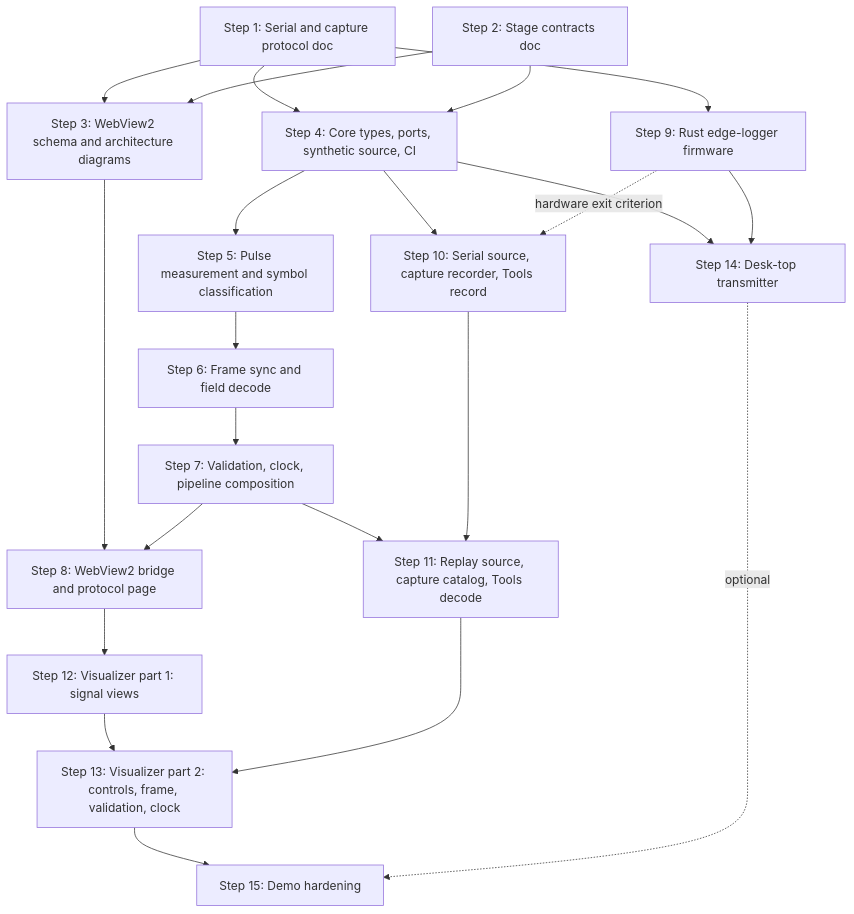
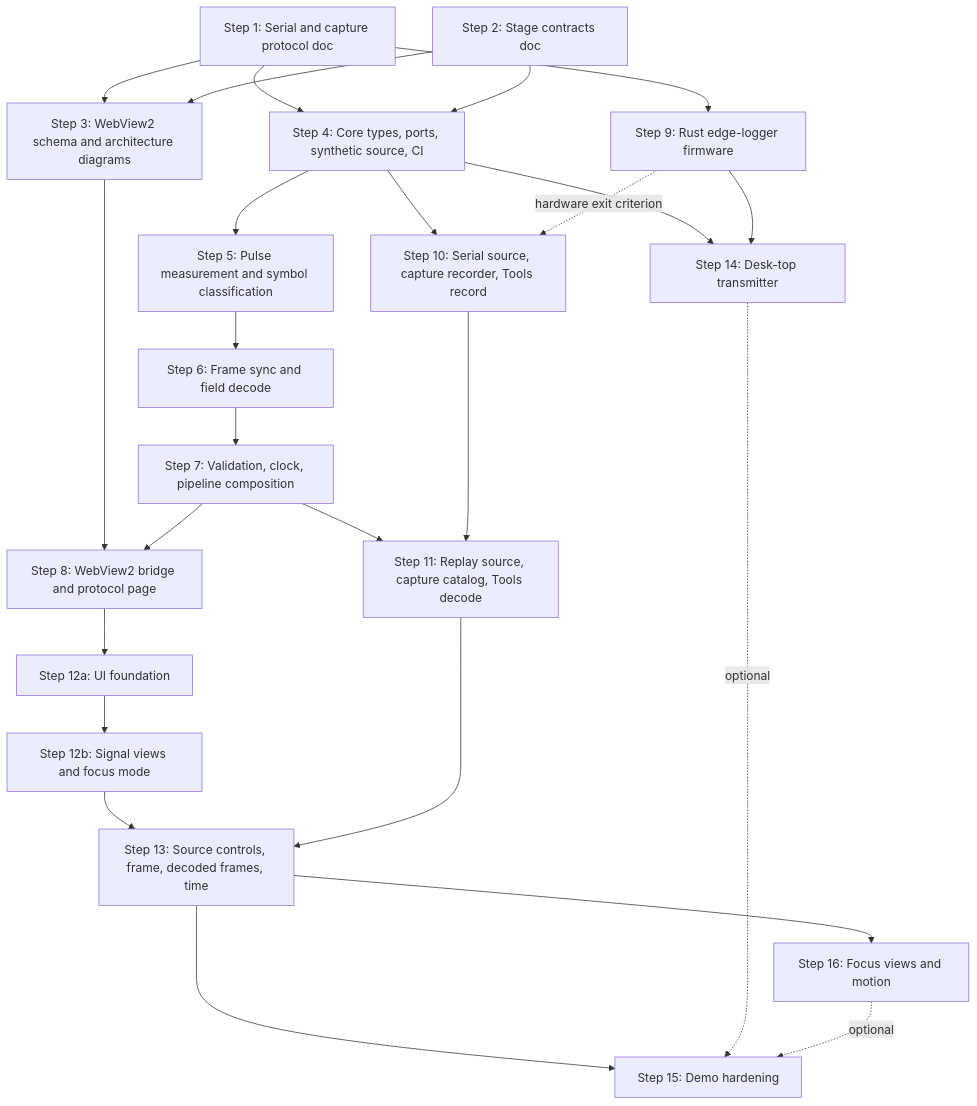
One commit to byte2pixel/wwvb-decoder changed the diagram in docs/design/wwvb-decoder-construction-plan.md. Above: the diagram before and after it, drawn with Mermaid. The commit also changed other lines of this file and 4 other files, not shown here.

First line of the commit message:
Docs: UI stack ADR, visualizer design, and the Step 12 plan mutation (#31)

````diff
--- a/docs/design/wwvb-decoder-construction-plan.md
+++ b/docs/design/wwvb-decoder-construction-plan.md
@@ -60,37 +62,41 @@
 ```mermaid
 flowchart TD
   S1[Step 1: Serial and capture protocol doc]
   S2[Step 2: Stage contracts doc]
   S3[Step 3: WebView2 schema and architecture diagrams]
   S4[Step 4: Core types, ports, synthetic source, CI]
   S5[Step 5: Pulse measurement and symbol classification]
   S6[Step 6: Frame sync and field decode]
   S7[Step 7: Validation, clock, pipeline composition]
   S8[Step 8: WebView2 bridge and protocol page]
   S9[Step 9: Rust edge-logger firmware]
   S10[Step 10: Serial source, capture recorder, Tools record]
   S11[Step 11: Replay source, capture catalog, Tools decode]
-  S12[Step 12: Visualizer part 1: signal views]
-  S13[Step 13: Visualizer part 2: controls, frame, validation, clock]
+  S12a[Step 12a: UI foundation]
+  S12b[Step 12b: Signal views and focus mode]
+  S13[Step 13: Source controls, frame, decoded frames, time]
   S14[Step 14: Desk-top transmitter]
   S15[Step 15: Demo hardening]
+  S16[Step 16: Focus views and motion]
 
   S1 --> S3
   S2 --> S3
   S1 --> S4
   S2 --> S4
   S4 --> S5 --> S6 --> S7
   S3 --> S8
   S7 --> S8
   S1 --> S9
   S4 --> S10
   S9 -. hardware exit criterion .-> S10
   S7 --> S11
   S10 --> S11
-  S8 --> S12 --> S13
+  S8 --> S12a --> S12b --> S13
   S11 --> S13
   S4 --> S14
   S9 --> S14
   S13 --> S15
+  S13 --> S16
   S14 -. optional .-> S15
+  S16 -. optional .-> S15
 ```
````
